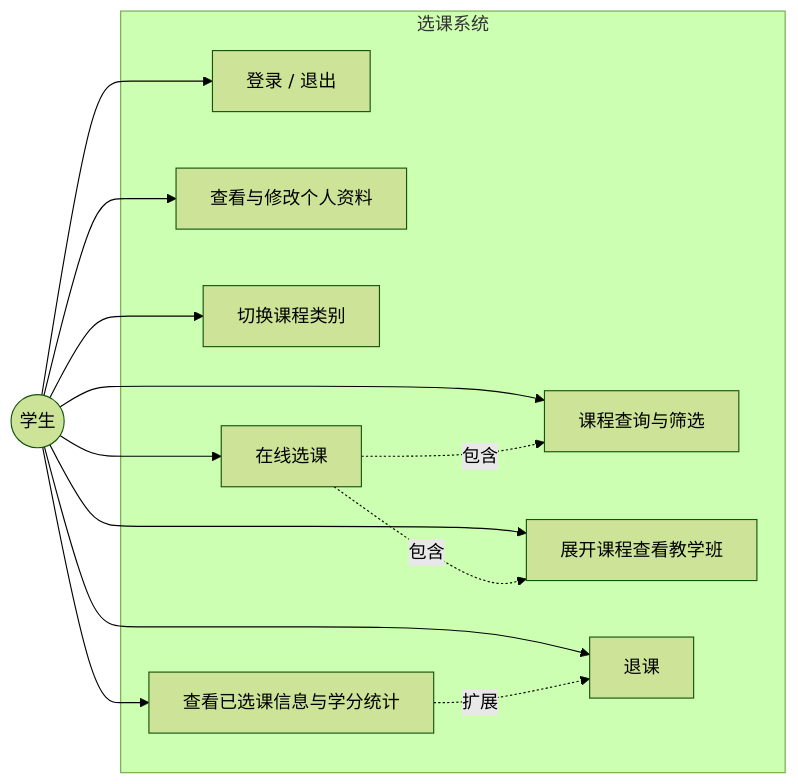
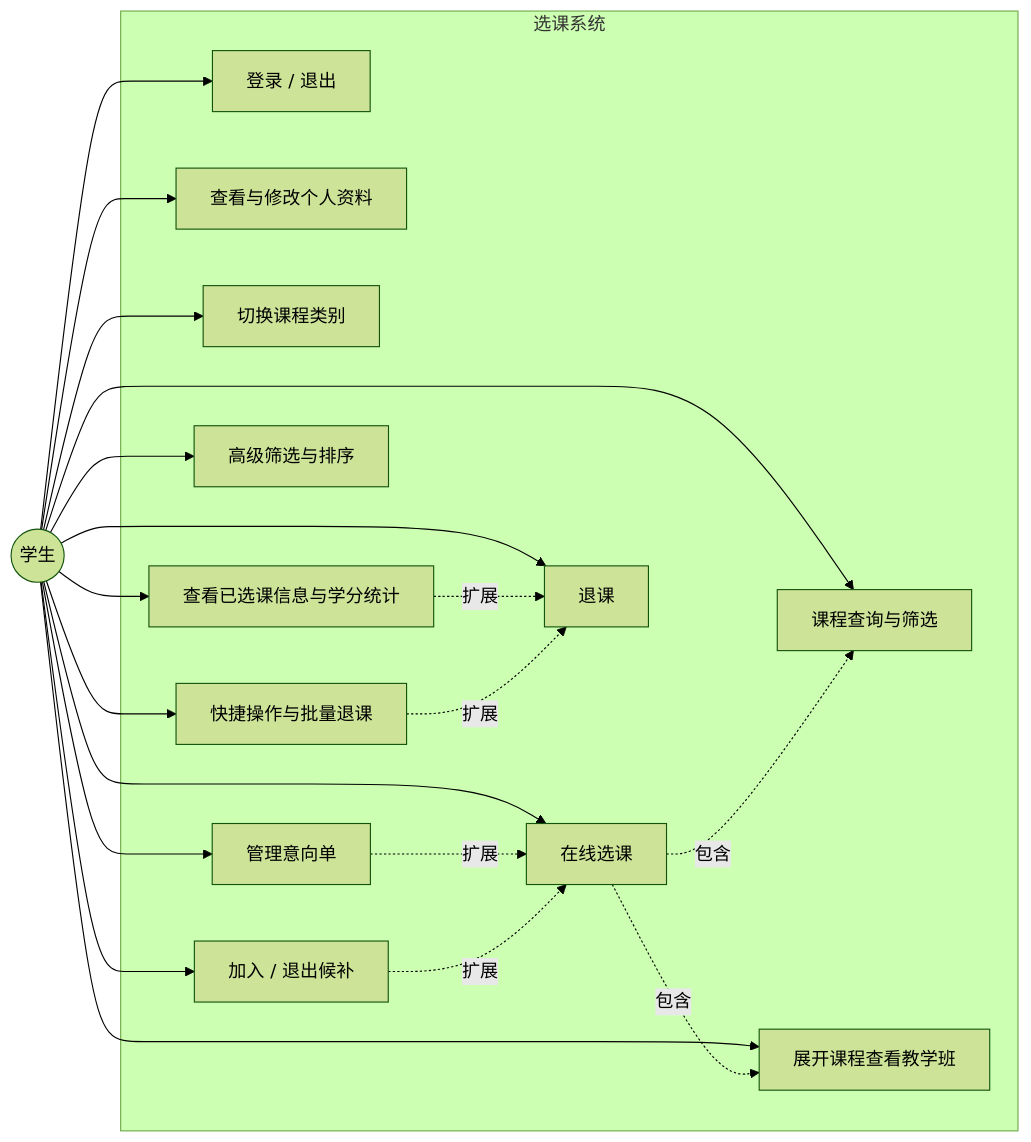
Before and after one commit to hixiaosun0921/web_course01: the first of 2 diagrams in 文档/需求分析文档.md, drawn with Mermaid (forest theme). The commit also changed other lines of this file, not shown here.

````diff
--- a/文档/需求分析文档.md
+++ b/文档/需求分析文档.md
@@ -74,28 +83,39 @@
 ```mermaid
 flowchart LR
     student((学生))
 
     subgraph 选课系统
         uc1[登录 / 退出]
         uc2[查看与修改个人资料]
         uc3[课程查询与筛选]
         uc4[切换课程类别]
         uc5[展开课程查看教学班]
         uc6[在线选课]
         uc7[退课]
         uc8[查看已选课信息与学分统计]
+        uc9[高级筛选与排序]
+        uc10[快捷操作与批量退课]
+        uc11[管理意向单]
+        uc12[加入 / 退出候补]
     end
 
     student --> uc1
     student --> uc2
     student --> uc3
     student --> uc4
     student --> uc5
     student --> uc6
     student --> uc7
     student --> uc8
+    student --> uc9
+    student --> uc10
+    student --> uc11
+    student --> uc12
 
     uc6 -.包含.-> uc5
     uc6 -.包含.-> uc3
     uc8 -.扩展.-> uc7
+    uc10 -.扩展.-> uc7
+    uc11 -.扩展.-> uc6
+    uc12 -.扩展.-> uc6
 ```
````
